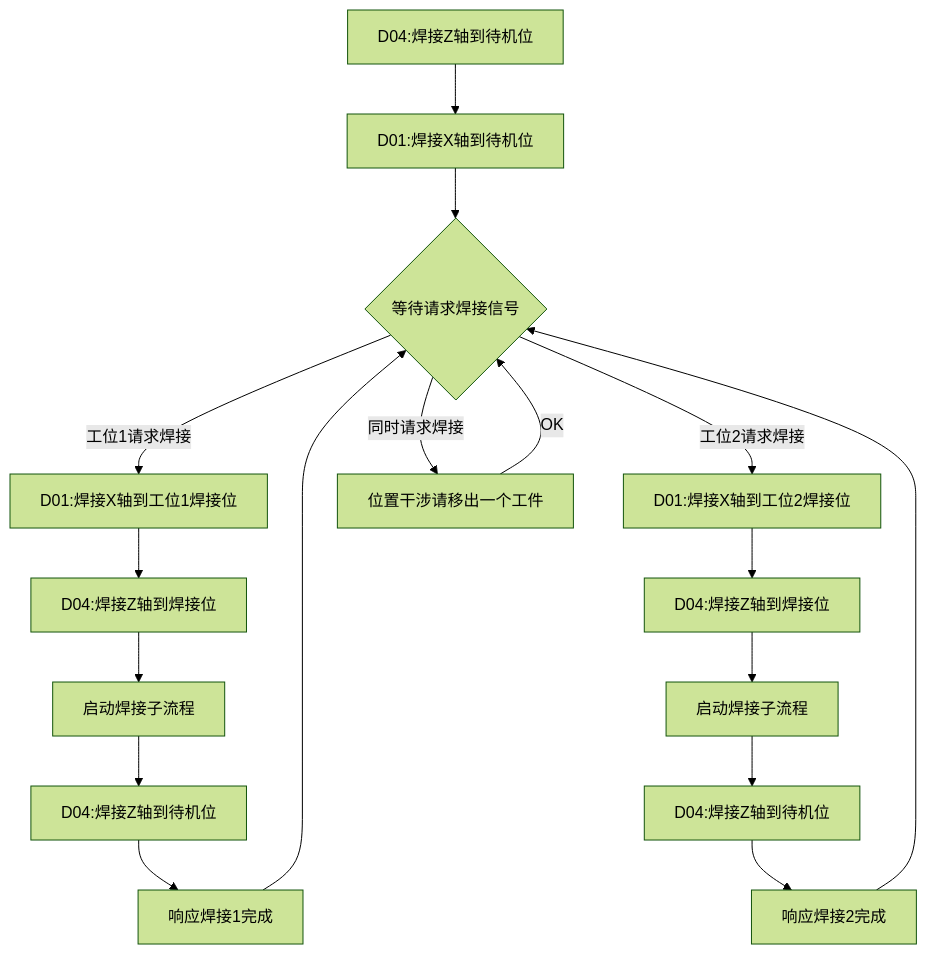
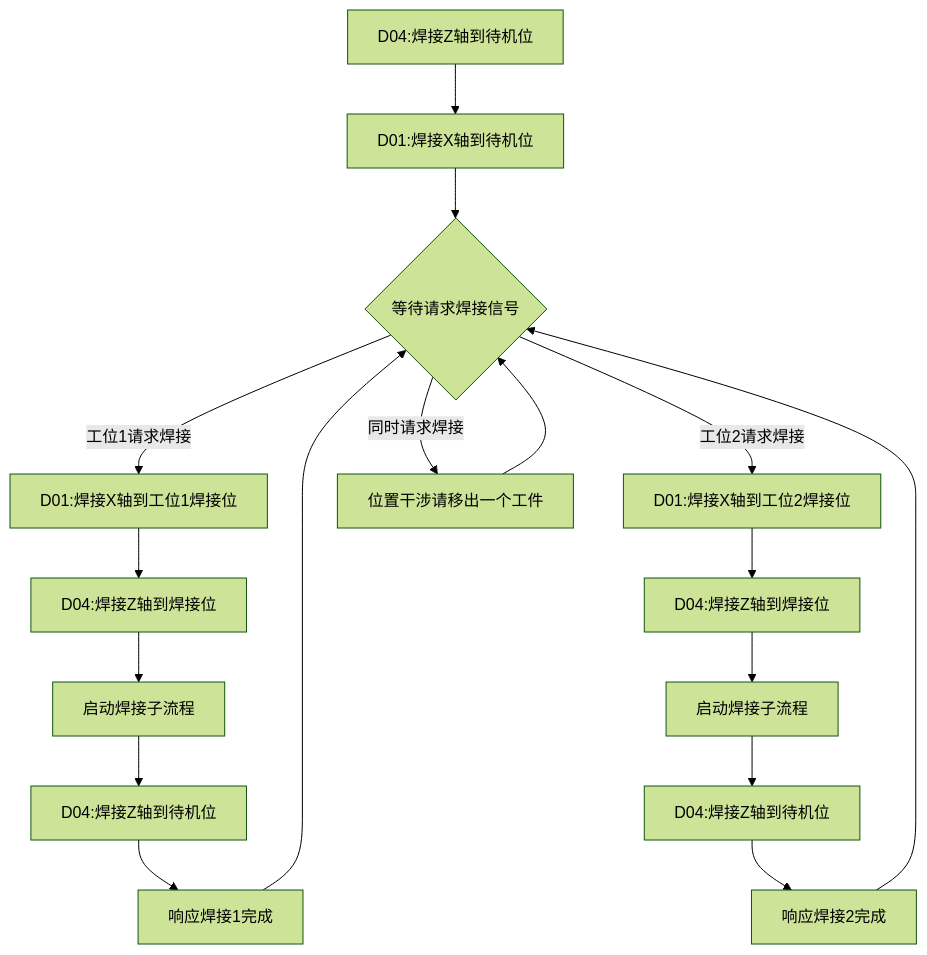
One commit to PengKun1/iodraw-files changed the diagram in all/OP20-1焊接工位自动流程.md. Above: the diagram before and after it, drawn with Mermaid (forest theme).

Commit message:
2024-08-07 09:10:28 update

````diff
--- a/all/OP20-1焊接工位自动流程.md
+++ b/all/OP20-1焊接工位自动流程.md
@@ -1,20 +1,20 @@
 ```mermaid
 graph TD
 10[D04:焊接Z轴到待机位]-->20
 20[D01:焊接X轴到待机位]-->30
 30{等待请求焊接信号}-->|工位1请求焊接|40
 30-->|工位2请求焊接|100
 30-->|同时请求焊接|900
 40[D01:焊接X轴到工位1焊接位]-->50
 50[D04:焊接Z轴到焊接位]-->60
 60[启动焊接子流程]-->70
 70[D04:焊接Z轴到待机位]-->80
 80[响应焊接1完成]-->30
 
 100[D01:焊接X轴到工位2焊接位]-->110
 110[D04:焊接Z轴到焊接位]-->120
 120[启动焊接子流程]-->130
 130[D04:焊接Z轴到待机位]-->140
 140[响应焊接2完成]-->30
-900[位置干涉请移出一个工件]-->|OK|30
+900[位置干涉请移出一个工件]-->30
 ```
````
